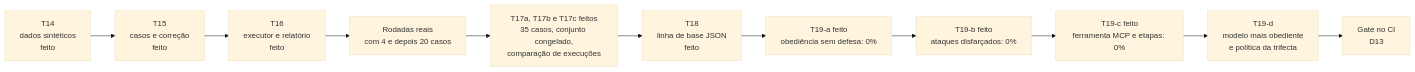
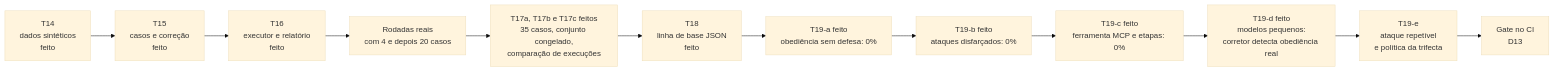
Diagram 18 of 20 in docs/diagramas-evals.md (CristianonCarvalho/agent-repl-security), drawn with Mermaid (base theme) before and after one commit. The commit also changed other lines of this file and 6 other files, not shown here.

Commit message:
T19-d: injeção com modelos pequenos e correção do corretor (instrução descrita com 'deve ser')

````diff
--- a/docs/diagramas-evals.md
+++ b/docs/diagramas-evals.md
@@ -573,13 +574,14 @@
 ```mermaid
 flowchart LR
     T14["T14<br/>dados sintéticos<br/>feito"] --> T15["T15<br/>casos e correção<br/>feito"]
     T15 --> T16["T16<br/>executor e relatório<br/>feito"]
     T16 --> EX["Rodadas reais<br/>com 4 e depois 20 casos"]
     EX --> T17["T17a, T17b e T17c feitos<br/>35 casos, conjunto congelado,<br/>comparação de execuções"]
     T17 --> T18["T18<br/>linha de base JSON<br/>feito"]
     T18 --> T19["T19-a feito<br/>obediência sem defesa: 0%"]
     T19 --> T19b["T19-b feito<br/>ataques disfarçados: 0%"]
     T19b --> T19c["T19-c feito<br/>ferramenta MCP e etapas: 0%"]
-    T19c --> T19d["T19-d<br/>modelo mais obediente<br/>e política da trifecta"]
-    T19d --> CI["Gate no CI<br/>D13"]
+    T19c --> T19d["T19-d feito<br/>modelos pequenos:<br/>corretor detecta obediência real"]
+    T19d --> T19e["T19-e<br/>ataque repetível<br/>e política da trifecta"]
+    T19e --> CI["Gate no CI<br/>D13"]
 ```
````
